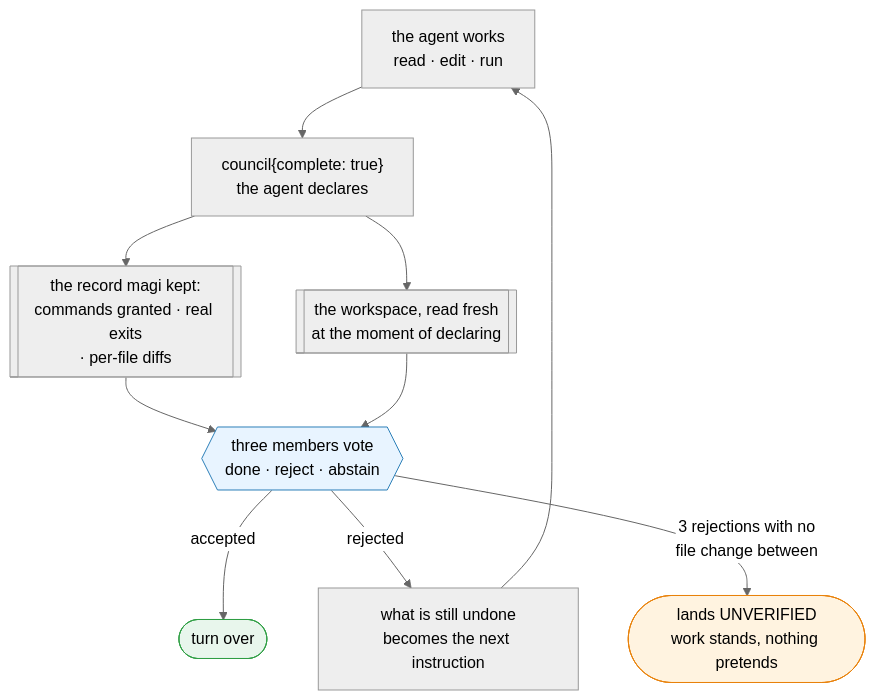
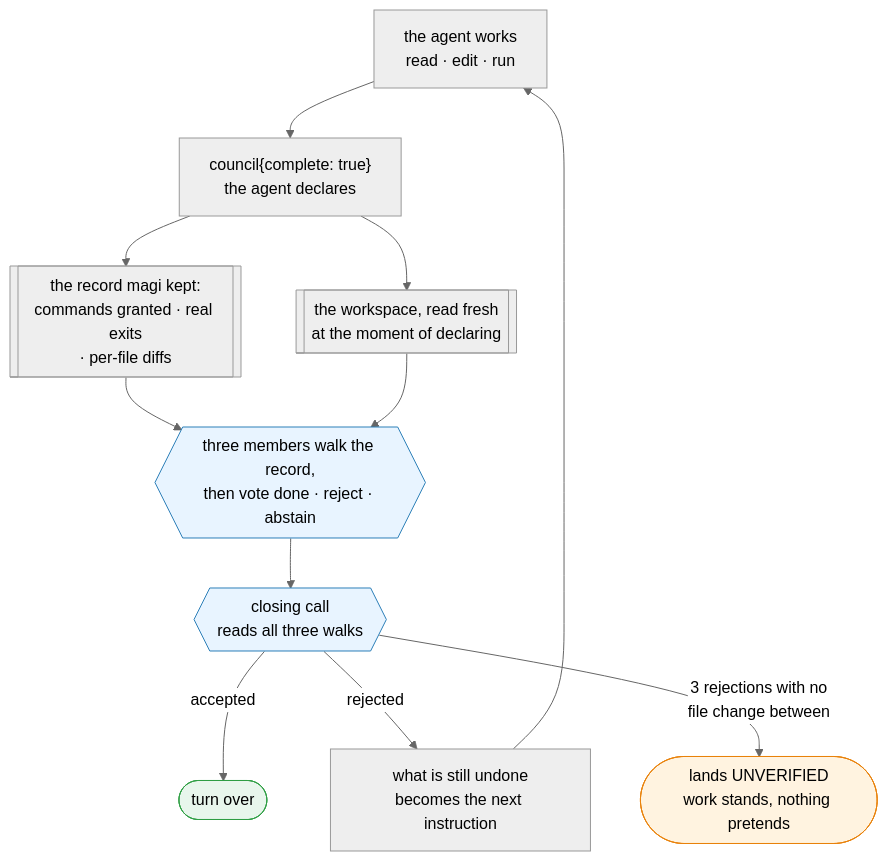
Before and after one commit to sayaya1090/magi: the eighth of 19 diagrams in docs/MANUAL.md, drawn with Mermaid (neutral theme). The commit also changed other lines of this file and 11 other files, not shown here.

First line of the commit message:
docs: the route, the walk, and the closing call

````diff
--- a/docs/MANUAL.md
+++ b/docs/MANUAL.md
@@ -1231,15 +1231,17 @@
 ```mermaid
 flowchart TD
     S[the agent works<br/>read · edit · run] --> D["council{complete: true}<br/>the agent declares"]
     D --> REC[[the record magi kept:<br/>commands granted · real exits<br/>· per-file diffs]]
     D --> NOW[[the workspace, read fresh<br/>at the moment of declaring]]
-    REC --> M{{three members vote<br/>done · reject · abstain}}
+    REC --> M{{three members walk the record,<br/>then vote done · reject · abstain}}
     NOW --> M
-    M -->|accepted| E([turn over])
-    M -->|rejected| FB[what is still undone<br/>becomes the next instruction] --> S
-    M -->|3 rejections with no<br/>file change between| U([lands UNVERIFIED<br/>work stands, nothing pretends])
+    M --> CL{{closing call<br/>reads all three walks}}
+    CL -->|accepted| E([turn over])
+    CL -->|rejected| FB[what is still undone<br/>becomes the next instruction] --> S
+    CL -->|3 rejections with no<br/>file change between| U([lands UNVERIFIED<br/>work stands, nothing pretends])
 
     style E fill:#e8f6ec,stroke:#2f9e44
     style U fill:#fff3e0,stroke:#e8820c
     style M fill:#e8f4ff,stroke:#2c7fb8
+    style CL fill:#e8f4ff,stroke:#2c7fb8
 ```
````
